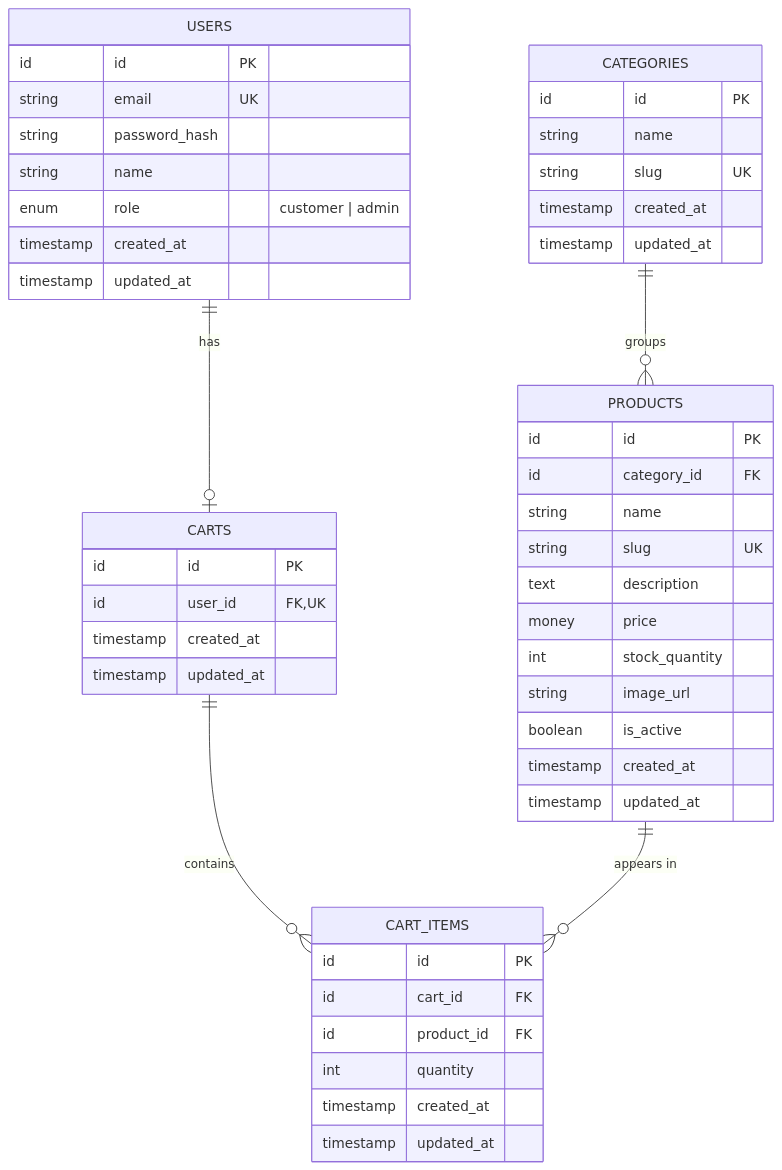
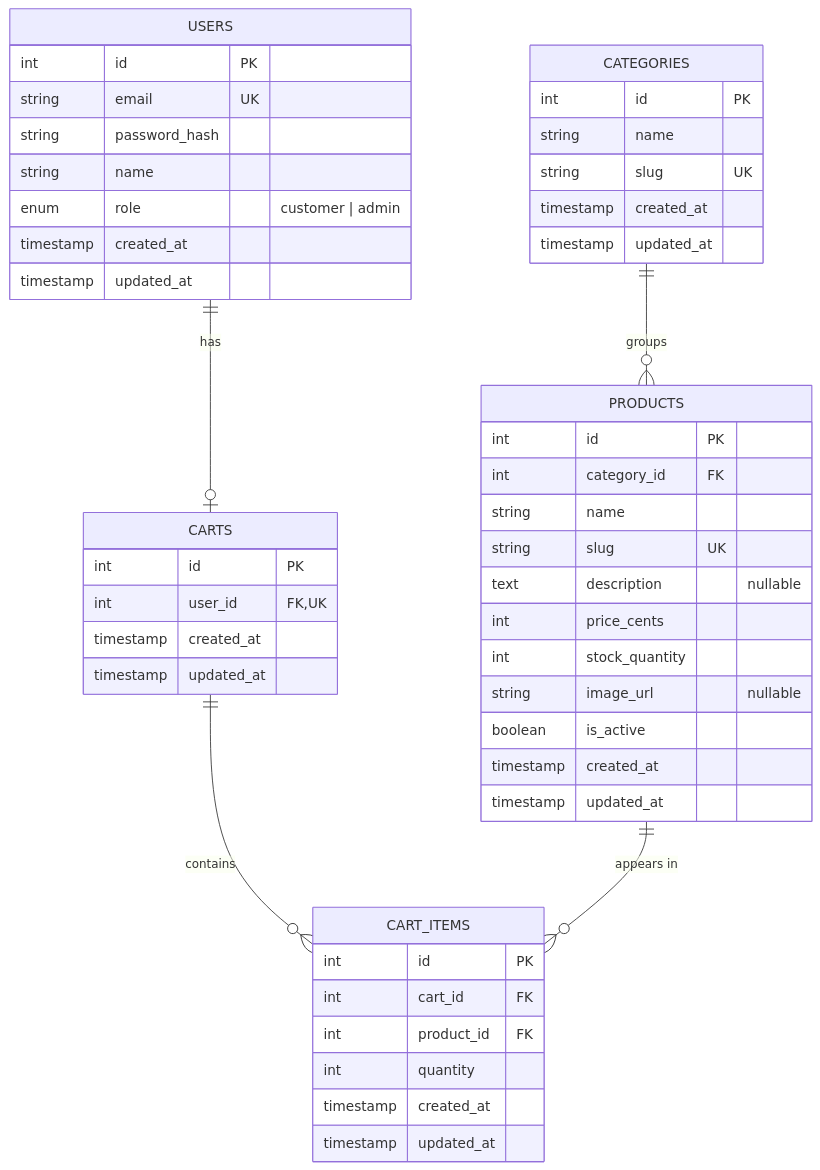
Before and after one commit to martynakr/express-ecommerce-backend: the diagram in README.md, drawn with Mermaid. The commit also changed other lines of this file and 35 other files, not shown here.

Commit message:
add product and category with seeder, get paginated prodcuts result, move zod/openapi types to .doc files

````diff
--- a/README.md
+++ b/README.md
@@ -98,55 +100,55 @@
 ```mermaid
 erDiagram
     USERS ||--o| CARTS : "has"
     CARTS ||--o{ CART_ITEMS : "contains"
     PRODUCTS ||--o{ CART_ITEMS : "appears in"
     CATEGORIES ||--o{ PRODUCTS : "groups"
 
     USERS {
-        id id PK
+        int id PK
         string email UK
         string password_hash
         string name
         enum role "customer | admin"
         timestamp created_at
         timestamp updated_at
     }
 
     CATEGORIES {
-        id id PK
+        int id PK
         string name
         string slug UK
         timestamp created_at
         timestamp updated_at
     }
 
     PRODUCTS {
-        id id PK
-        id category_id FK
+        int id PK
+        int category_id FK
         string name
         string slug UK
-        text description
-        money price
+        text description "nullable"
+        int price_cents
         int stock_quantity
-        string image_url
+        string image_url "nullable"
         boolean is_active
         timestamp created_at
         timestamp updated_at
     }
 
     CARTS {
-        id id PK
-        id user_id FK, UK
+        int id PK
+        int user_id FK, UK
         timestamp created_at
         timestamp updated_at
     }
 
     CART_ITEMS {
-        id id PK
-        id cart_id FK
-        id product_id FK
+        int id PK
+        int cart_id FK
+        int product_id FK
         int quantity
         timestamp created_at
         timestamp updated_at
     }
 ```
````
